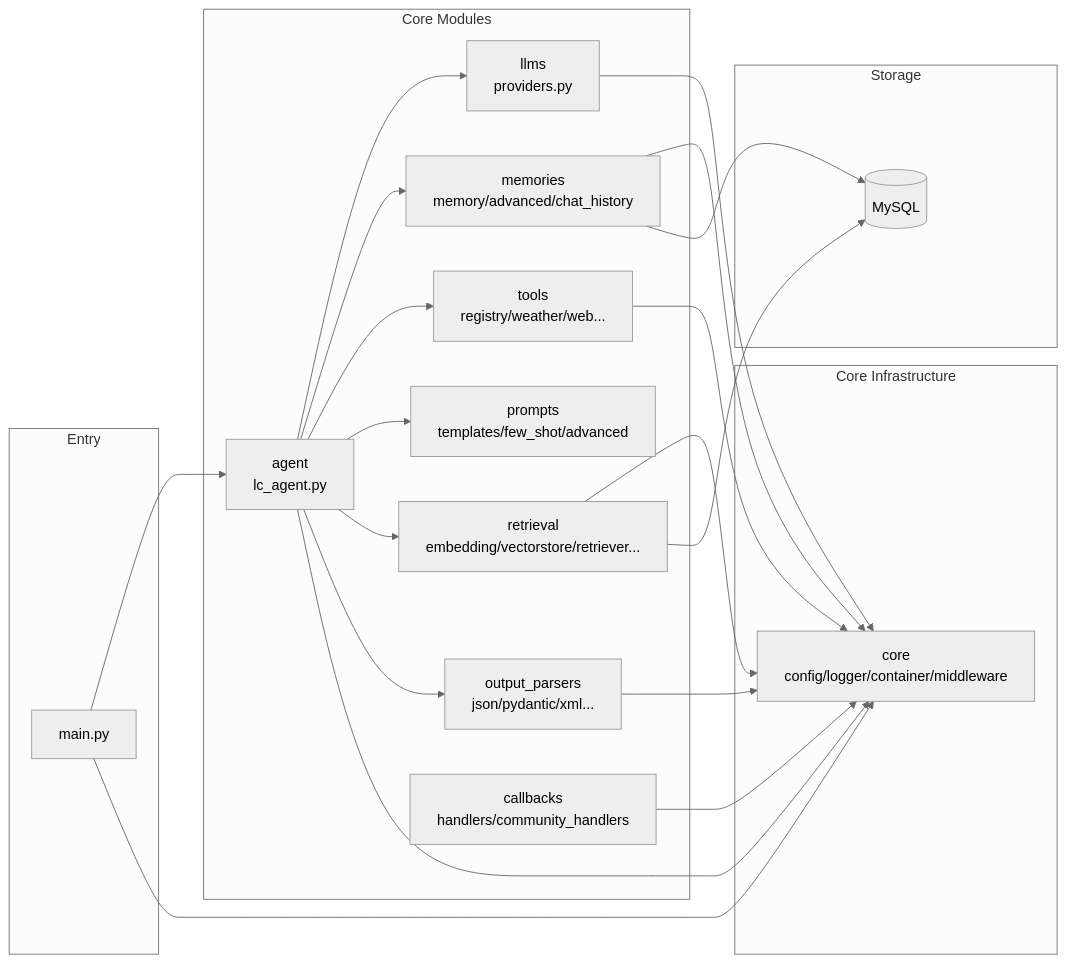
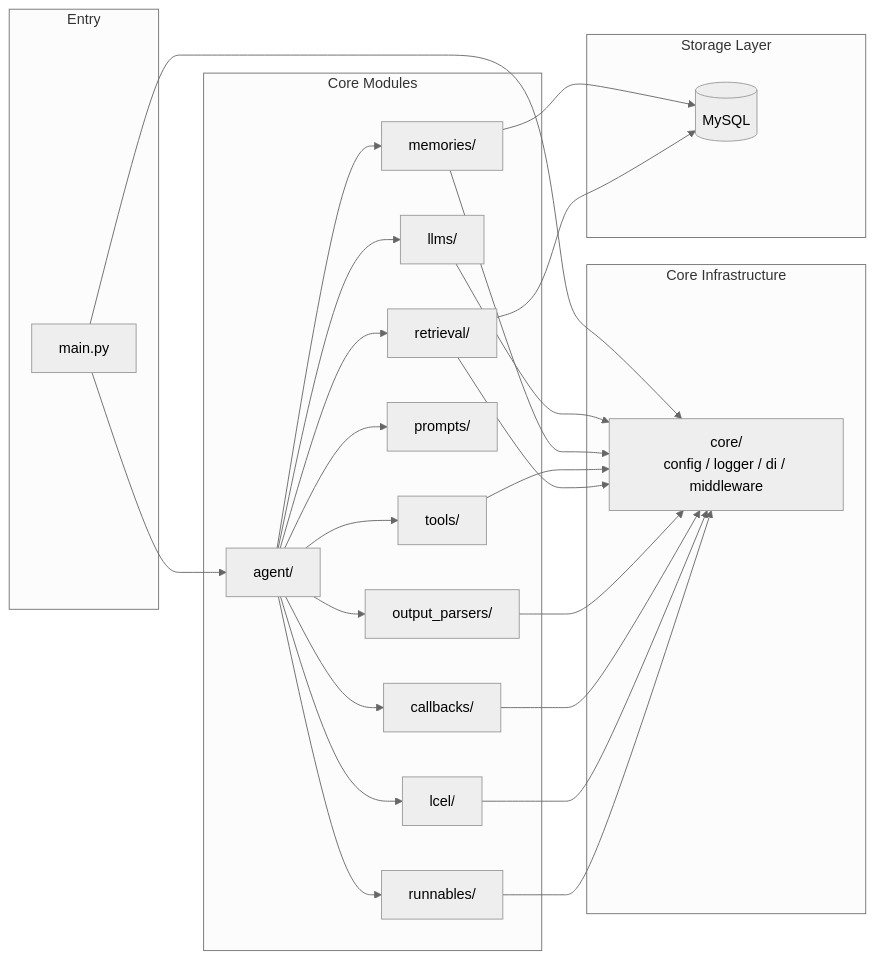
One commit to chain-engine/x-langchain changed the third of 3 diagrams in README.en.md. Above: the diagram before and after it, drawn with Mermaid (neutral theme). The commit also changed other lines of this file and 1 other file, not shown here.

````diff
--- a/README.en.md
+++ b/README.en.md
@@ -295,34 +264,38 @@
 ```mermaid
 graph LR
-    subgraph Entry
-        M[main.py]
+    subgraph Entry["Entry"]
+        M["main.py"]
     end
 
-    subgraph Core Infrastructure
-        CC[core<br/>config/logger/container/middleware]
+    subgraph Infrastructure["Core Infrastructure"]
+        CC["core/<br/>config / logger / di / middleware"]
     end
 
-    subgraph Core Modules
-        AG[agent<br/>lc_agent.py]
-        LL[llms<br/>providers.py]
-        MM[memories<br/>memory/advanced/chat_history]
-        TL[tools<br/>registry/weather/web...]
-        PR[prompts<br/>templates/few_shot/advanced]
-        RT[retrieval<br/>embedding/vectorstore/retriever...]
-        OP[output_parsers<br/>json/pydantic/xml...]
-        CB[callbacks<br/>handlers/community_handlers]
+    subgraph CoreModules["Core Modules"]
+        AG["agent/"]
+        LL["llms/"]
+        MM["memories/"]
+        TL["tools/"]
+        PR["prompts/"]
+        RT["retrieval/"]
+        OP["output_parsers/"]
+        CB["callbacks/"]
+        LP["lcel/"]
+        RN["runnables/"]
     end
 
-    subgraph Storage
-        DB[(MySQL)]
+    subgraph Storage["Storage Layer"]
+        DB[("MySQL")]
     end
 
     M --> AG & CC
-    AG --> LL & MM & TL & PR & RT & OP & CC
+    AG --> LL & MM & TL & PR & RT & OP & CB & LP & RN
     LL --> CC
     MM --> CC & DB
     TL --> CC
     RT --> CC & DB
     OP --> CC
     CB --> CC
+    LP --> CC
+    RN --> CC
 ```
````
